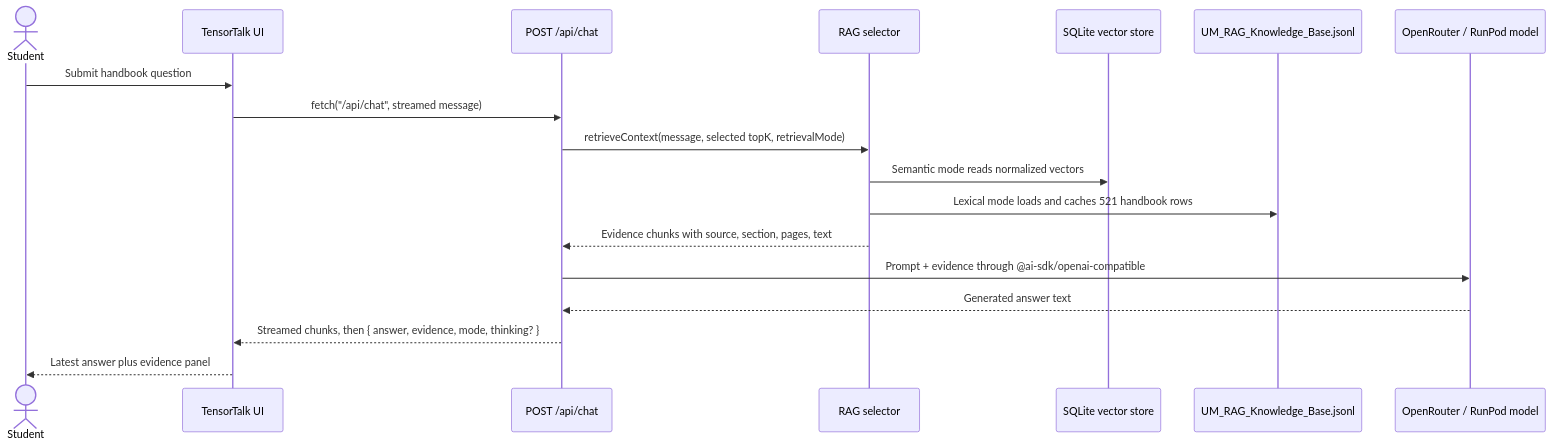
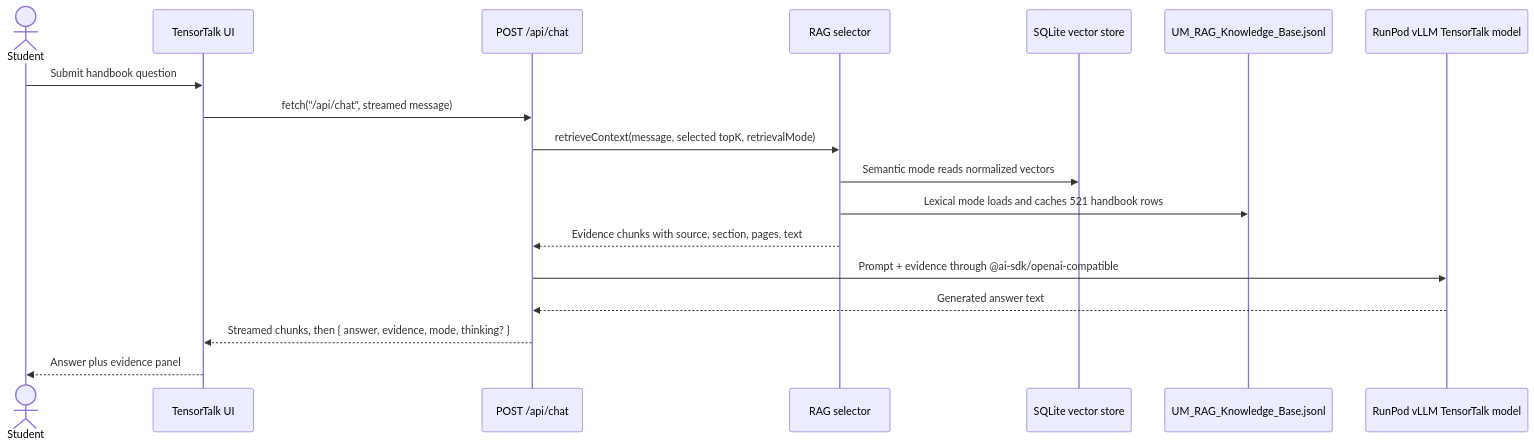
The diagram in docs/architecture.md (nfdlh/tensor-talk), drawn with Mermaid before and after one commit. The commit also changed other lines of this file and 13 other files, not shown here.

````diff
--- a/docs/architecture.md
+++ b/docs/architecture.md
@@ -7,21 +7,21 @@
 ```mermaid
 sequenceDiagram
   actor Student
   participant UI as TensorTalk UI
   participant API as POST /api/chat
   participant RAG as RAG selector
   participant Vectors as SQLite vector store
   participant KB as UM_RAG_Knowledge_Base.jsonl
-  participant Model as OpenRouter / RunPod model
+  participant Model as RunPod vLLM TensorTalk model
 
   Student->>UI: Submit handbook question
   UI->>API: fetch("/api/chat", streamed message)
   API->>RAG: retrieveContext(message, selected topK, retrievalMode)
   RAG->>Vectors: Semantic mode reads normalized vectors
   RAG->>KB: Lexical mode loads and caches 521 handbook rows
   RAG-->>API: Evidence chunks with source, section, pages, text
   API->>Model: Prompt + evidence through @ai-sdk/openai-compatible
   Model-->>API: Generated answer text
   API-->>UI: Streamed chunks, then { answer, evidence, mode, thinking? }
-  UI-->>Student: Latest answer plus evidence panel
+  UI-->>Student: Answer plus evidence panel
 ```
````
